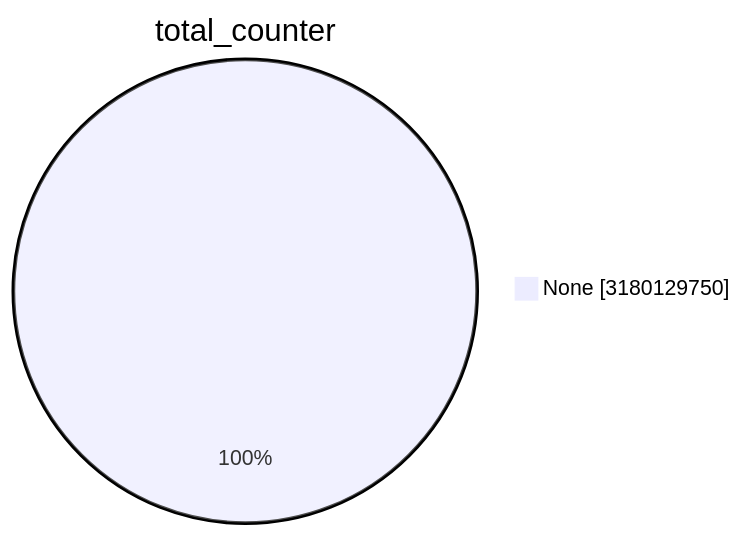
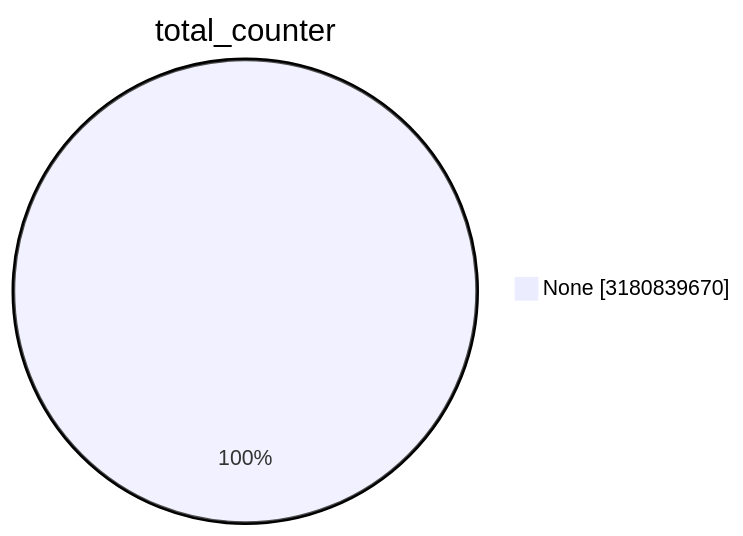
The first of 15 diagrams in TOTAL/README.md (christiankrug/ctmonitor_visualization), drawn with Mermaid before and after one commit. The commit also changed other lines of this file, not shown here.

````diff
--- a/TOTAL/README.md
+++ b/TOTAL/README.md
@@ -1,5 +1,5 @@
 ```mermaid
 pie showData
 title total_counter
-"None" :3180129750
+"None" :3180839670
 ```
````
